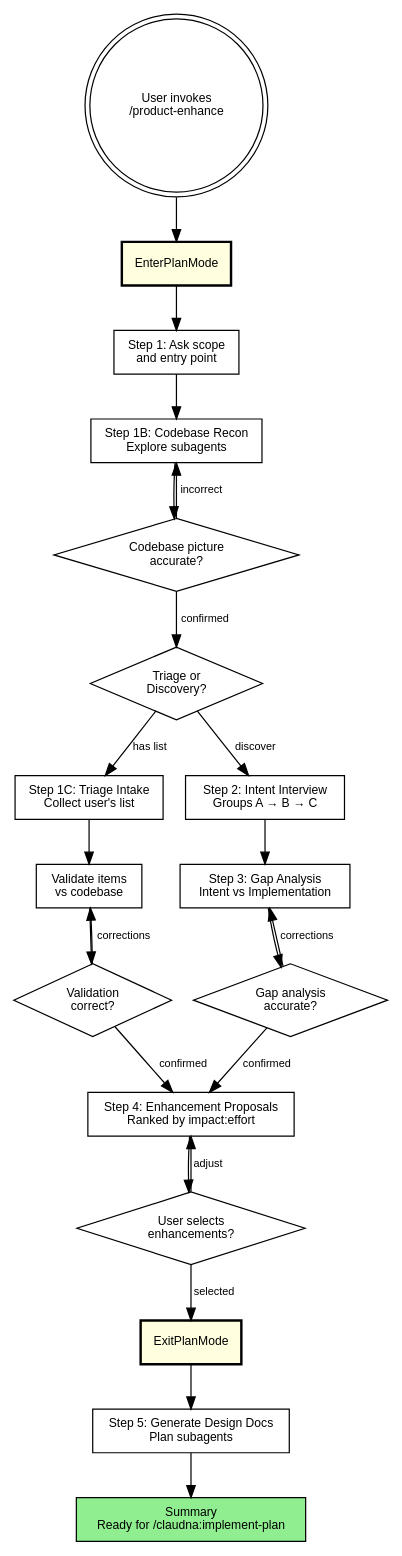
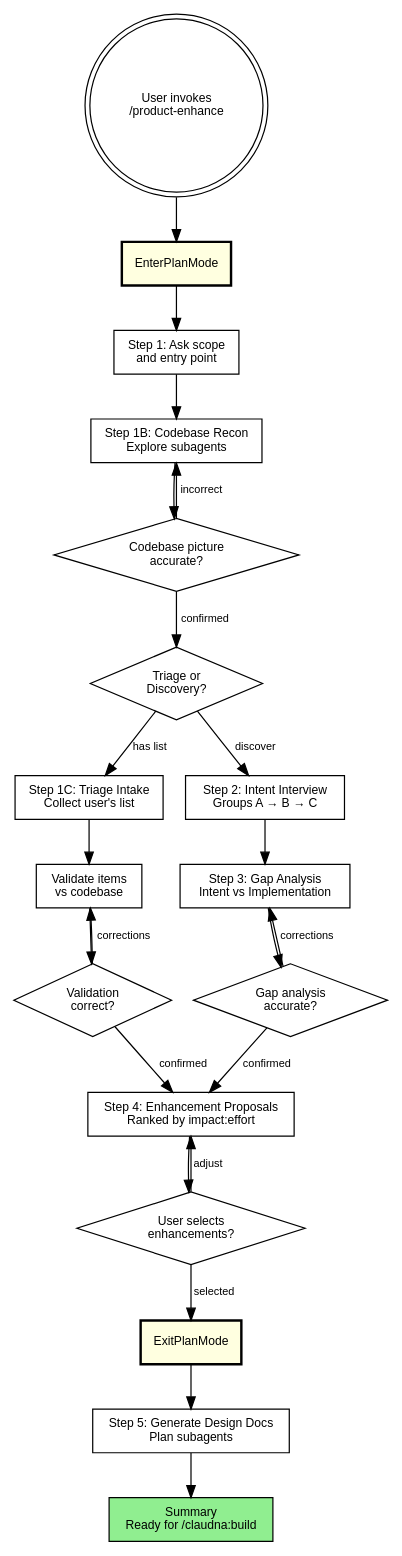
One commit to Claudfather/clauDNA changed the diagram in skills/product-enhance/SKILL.md. Above: the diagram before and after it, drawn with Graphviz. The commit also changed other lines of this file and 54 other files, not shown here.

````diff
--- a/skills/product-enhance/SKILL.md
+++ b/skills/product-enhance/SKILL.md
@@ -28,55 +28,55 @@
 ```dot
 digraph product_enhance {
     rankdir=TB;
     node [fontname="Helvetica" fontsize=10];
     edge [fontname="Helvetica" fontsize=9];
 
     start [label="User invokes\n/product-enhance" shape=doublecircle];
     enter_plan [label="EnterPlanMode" shape=box style="filled,bold" fillcolor=lightyellow];
 
     entry [label="Step 1: Ask scope\nand entry point" shape=box];
     recon [label="Step 1B: Codebase Recon\nExplore subagents" shape=box];
     confirm_recon [label="Codebase picture\naccurate?" shape=diamond];
 
     path_choice [label="Triage or\nDiscovery?" shape=diamond];
 
     triage [label="Step 1C: Triage Intake\nCollect user's list" shape=box];
     triage_validate [label="Validate items\nvs codebase" shape=box];
     triage_confirm [label="Validation\ncorrect?" shape=diamond];
 
     interview [label="Step 2: Intent Interview\nGroups A → B → C" shape=box];
     gap [label="Step 3: Gap Analysis\nIntent vs Implementation" shape=box];
     gap_confirm [label="Gap analysis\naccurate?" shape=diamond];
 
     proposals [label="Step 4: Enhancement Proposals\nRanked by impact:effort" shape=box];
     user_selects [label="User selects\nenhancements?" shape=diamond];
 
     exit_plan [label="ExitPlanMode" shape=box style="filled,bold" fillcolor=lightyellow];
 
     generate [label="Step 5: Generate Design Docs\nPlan subagents" shape=box];
 
-    done [label="Summary\nReady for /claudna:implement-plan" shape=box style=filled fillcolor=lightgreen];
+    done [label="Summary\nReady for /claudna:build" shape=box style=filled fillcolor=lightgreen];
 
     start -> enter_plan;
     enter_plan -> entry;
     entry -> recon;
     recon -> confirm_recon;
     confirm_recon -> recon [label="incorrect"];
     confirm_recon -> path_choice [label="confirmed"];
     path_choice -> triage [label="has list"];
     path_choice -> interview [label="discover"];
     triage -> triage_validate;
     triage_validate -> triage_confirm;
     triage_confirm -> triage_validate [label="corrections"];
     triage_confirm -> proposals [label="confirmed"];
     interview -> gap;
     gap -> gap_confirm;
     gap_confirm -> gap [label="corrections"];
     gap_confirm -> proposals [label="confirmed"];
     proposals -> user_selects;
     user_selects -> proposals [label="adjust"];
     user_selects -> exit_plan [label="selected"];
     exit_plan -> generate;
     generate -> done;
 }
 ```
````
